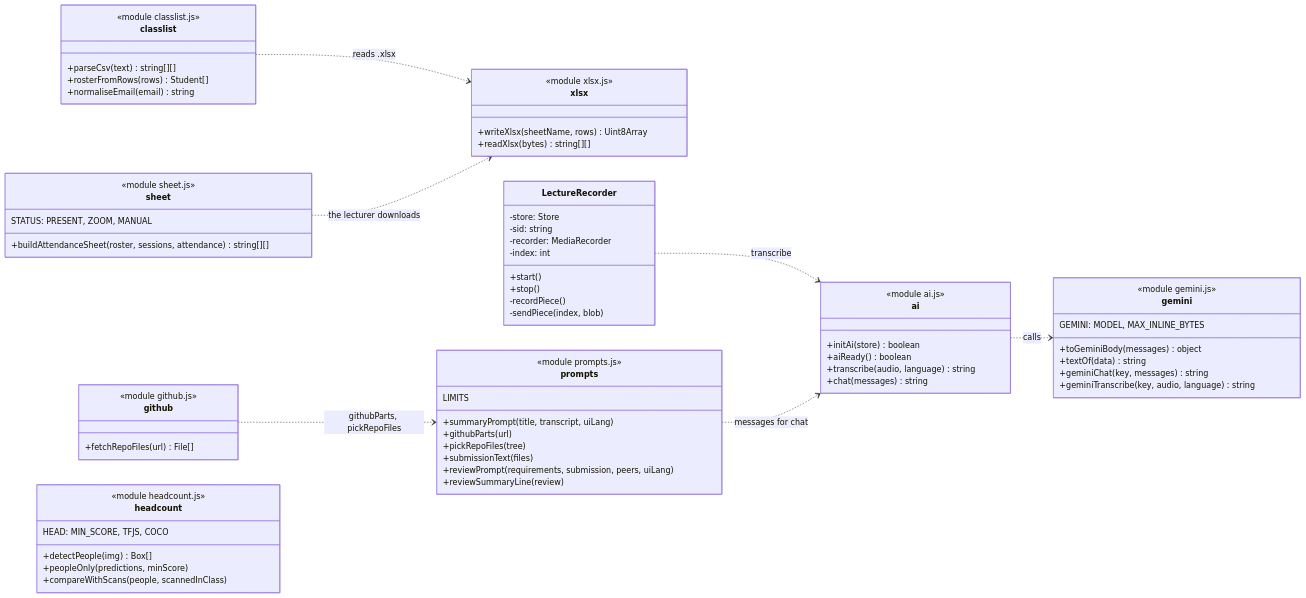
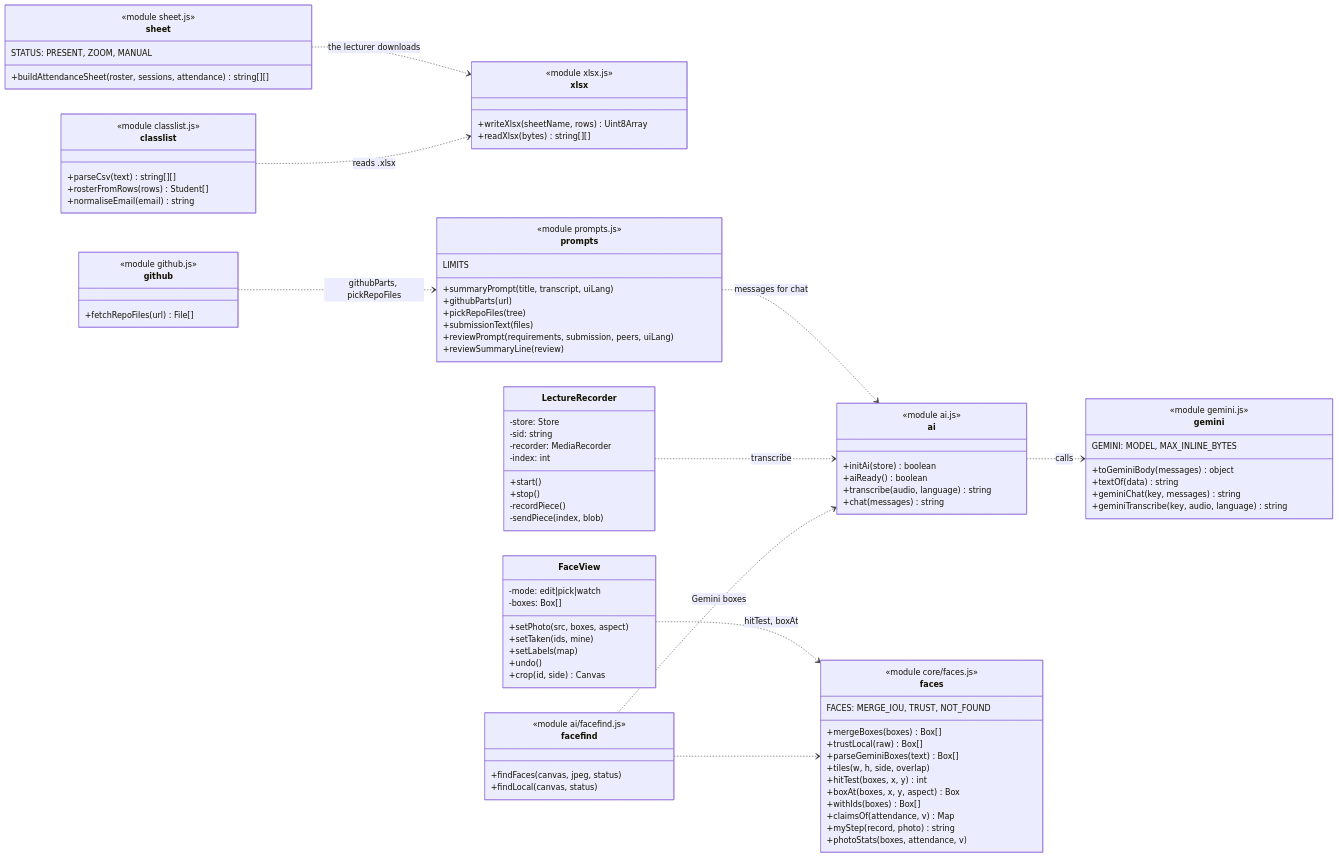
Before and after one commit to minion-dog/I2CS_Ex2-smart-class-demo: the third of 5 diagrams in docs/06_CLASS_DIAGRAMS.md, drawn with Mermaid. The commit also changed other lines of this file and 54 other files, not shown here.

First line of the commit message:
Class photo with face boxes, 5 s QR, AI key in a Cloudflare Worker

```diff
--- a/docs/06_CLASS_DIAGRAMS.md
+++ b/docs/06_CLASS_DIAGRAMS.md
@@ -232,13 +238,37 @@
         <<module github.js>>
         +fetchRepoFiles(url) File[]
     }
-    class headcount {
-        <<module headcount.js>>
-        HEAD: MIN_SCORE, TFJS, COCO
-        +detectPeople(img) Box[]
-        +peopleOnly(predictions, minScore)
-        +compareWithScans(people, scannedInClass)
+    class faces {
+        <<module core/faces.js>>
+        FACES: MERGE_IOU, TRUST, NOT_FOUND
+        +mergeBoxes(boxes) Box[]
+        +trustLocal(raw) Box[]
+        +parseGeminiBoxes(text) Box[]
+        +tiles(w, h, side, overlap)
+        +hitTest(boxes, x, y) int
+        +boxAt(boxes, x, y, aspect) Box
+        +withIds(boxes) Box[]
+        +claimsOf(attendance, v) Map
+        +myStep(record, photo) string
+        +photoStats(boxes, attendance, v)
     }
+    class facefind {
+        <<module ai/facefind.js>>
+        +findFaces(canvas, jpeg, status)
+        +findLocal(canvas, status)
+    }
+    class FaceView {
+        -mode: edit|pick|watch
+        -boxes: Box[]
+        +setPhoto(src, boxes, aspect)
+        +setTaken(ids, mine)
+        +setLabels(map)
+        +undo()
+        +crop(id, side) Canvas
+    }
+    facefind ..> faces
+    facefind ..> ai : Gemini boxes
+    FaceView ..> faces : hitTest, boxAt
     class LectureRecorder {
         -store: Store
         -sid: string
```
